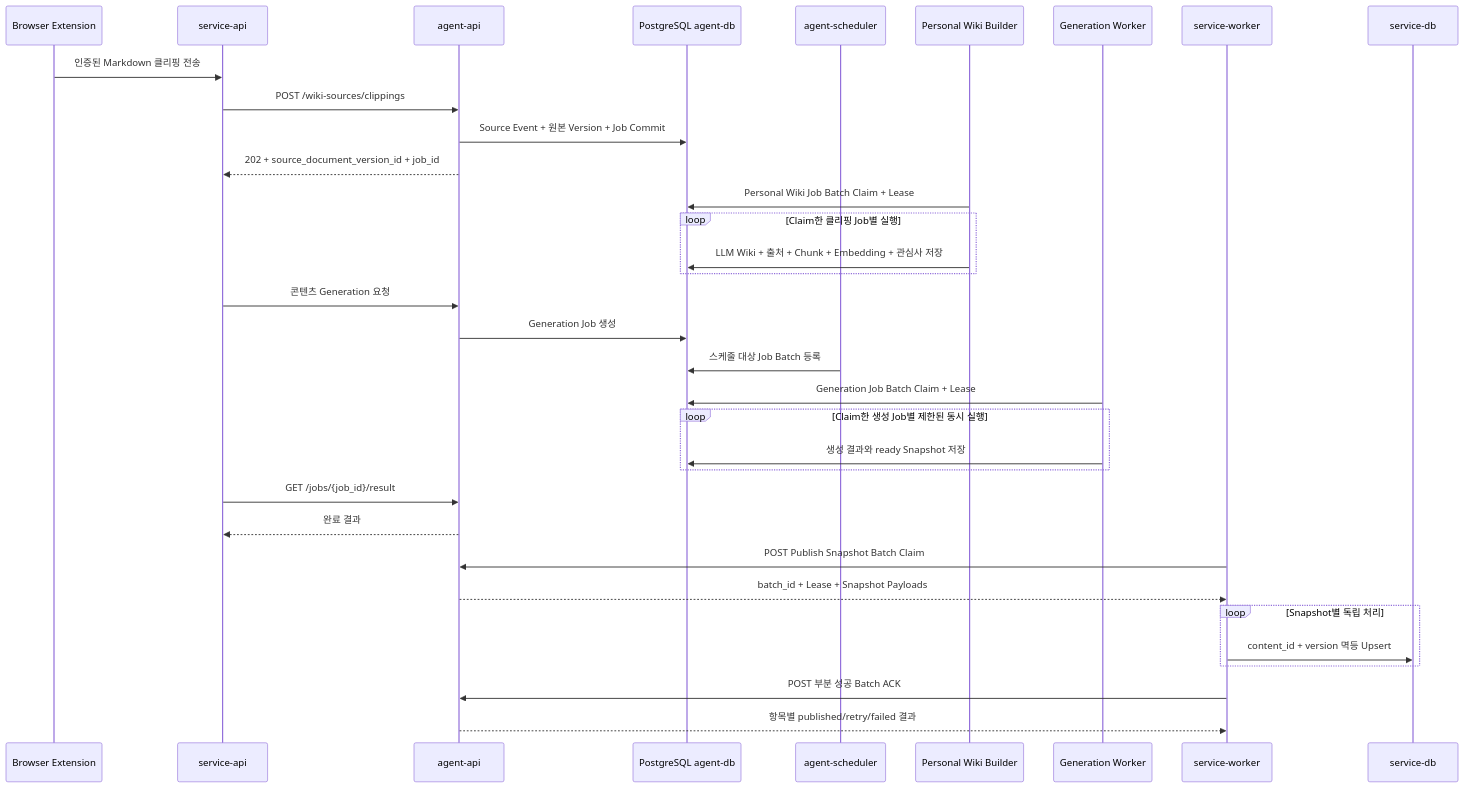
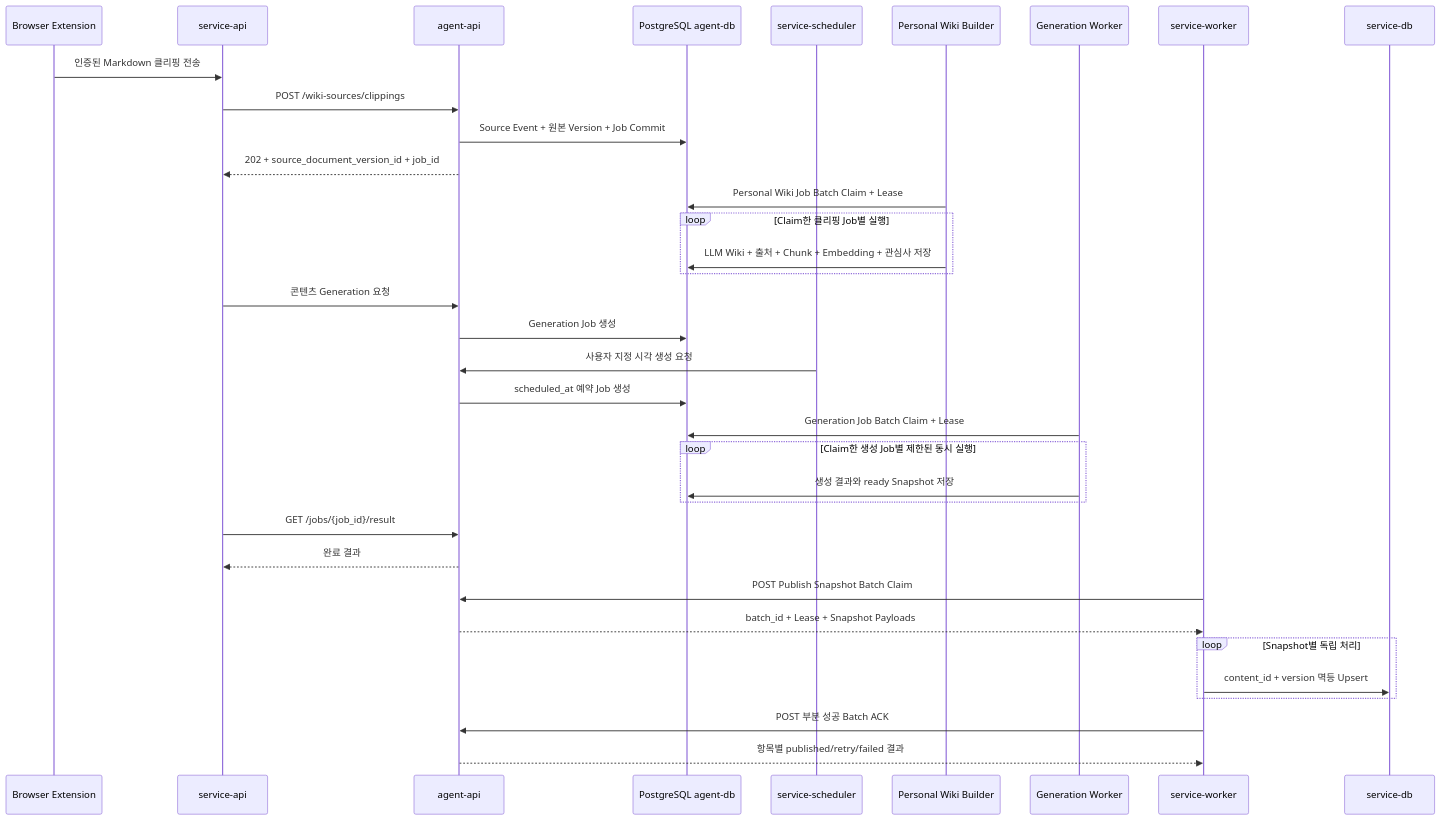
The diagram in docs/fastapi-mvp-api.md (hk-toss-final-project/bambi-agent-api), drawn with Mermaid before and after one commit. The commit also changed other lines of this file and 12 other files, not shown here.

First line of the commit message:
✨ 콘텐츠 생성 예약(scheduled_at) 지원과 Service 스케줄 트리거 이관

````diff
--- a/docs/fastapi-mvp-api.md
+++ b/docs/fastapi-mvp-api.md
@@ -261,37 +262,38 @@
 ```mermaid
 sequenceDiagram
     participant Clipper as Browser Extension
     participant ServiceAPI as service-api
     participant AgentAPI as agent-api
     participant AgentDB as PostgreSQL agent-db
-    participant Scheduler as agent-scheduler
+    participant ServiceScheduler as service-scheduler
     participant WikiWorker as Personal Wiki Builder
     participant GenerationWorker as Generation Worker
     participant ServiceWorker as service-worker
     participant ServiceDB as service-db
 
     Clipper->>ServiceAPI: 인증된 Markdown 클리핑 전송
     ServiceAPI->>AgentAPI: POST /wiki-sources/clippings
     AgentAPI->>AgentDB: Source Event + 원본 Version + Job Commit
     AgentAPI-->>ServiceAPI: 202 + source_document_version_id + job_id
     WikiWorker->>AgentDB: Personal Wiki Job Batch Claim + Lease
     loop Claim한 클리핑 Job별 실행
         WikiWorker->>AgentDB: LLM Wiki + 출처 + Chunk + Embedding + 관심사 저장
     end
     ServiceAPI->>AgentAPI: 콘텐츠 Generation 요청
     AgentAPI->>AgentDB: Generation Job 생성
-    Scheduler->>AgentDB: 스케줄 대상 Job Batch 등록
+    ServiceScheduler->>AgentAPI: 사용자 지정 시각 생성 요청
+    AgentAPI->>AgentDB: scheduled_at 예약 Job 생성
     GenerationWorker->>AgentDB: Generation Job Batch Claim + Lease
     loop Claim한 생성 Job별 제한된 동시 실행
         GenerationWorker->>AgentDB: 생성 결과와 ready Snapshot 저장
     end
     ServiceAPI->>AgentAPI: GET /jobs/{job_id}/result
     AgentAPI-->>ServiceAPI: 완료 결과
     ServiceWorker->>AgentAPI: POST Publish Snapshot Batch Claim
     AgentAPI-->>ServiceWorker: batch_id + Lease + Snapshot Payloads
     loop Snapshot별 독립 처리
         ServiceWorker->>ServiceDB: content_id + version 멱등 Upsert
     end
     ServiceWorker->>AgentAPI: POST 부분 성공 Batch ACK
     AgentAPI-->>ServiceWorker: 항목별 published/retry/failed 결과
 ```
````
